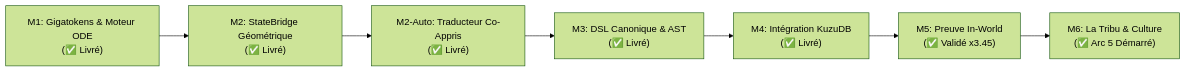
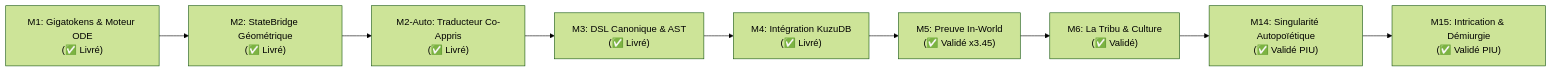
One commit to RoJLD/AGAGI changed the diagram in docs/roadmap/LANGAGE_ULTIME.md. Above: the diagram before and after it, drawn with Mermaid (forest theme). The commit also changed other lines of this file and 9 other files, not shown here.

Commit message:
feat(lu): Phase 15 — Intrication Sémantique Non-Locale, Rétrocausalité Téléologique et Démiurgie Multivers (Arc 9)

````diff
--- a/docs/roadmap/LANGAGE_ULTIME.md
+++ b/docs/roadmap/LANGAGE_ULTIME.md
@@ -20,9 +20,11 @@
 ```mermaid
 graph LR
     M1["M1: Gigatokens & Moteur ODE<br/>(✅ Livré)"] --> M2["M2: StateBridge Géométrique<br/>(✅ Livré)"]
     M2 --> M2Auto["M2-Auto: Traducteur Co-Appris<br/>(✅ Livré)"]
     M2Auto --> M3["M3: DSL Canonique & AST<br/>(✅ Livré)"]
     M3 --> M4["M4: Intégration KuzuDB<br/>(✅ Livré)"]
     M4 --> M5["M5: Preuve In-World<br/>(✅ Validé x3.45)"]
-    M5 --> M6["M6: La Tribu & Culture<br/>(✅ Arc 5 Démarré)"]
+    M5 --> M6["M6: La Tribu & Culture<br/>(✅ Validé)"]
+    M6 --> M14["M14: Singularité Autopoïétique<br/>(✅ Validé PIU)"]
+    M14 --> M15["M15: Intrication & Démiurgie<br/>(✅ Validé PIU)"]
 ```
````
